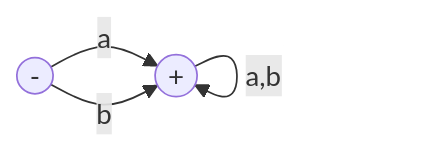
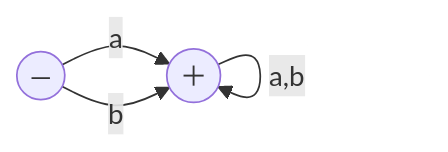
The first of 7 diagrams in assessments/quiz3.md (ufidon/ct), drawn with Mermaid before and after one commit. The commit also changed other lines of this file and 2 other files, not shown here.

````diff
--- a/assessments/quiz3.md
+++ b/assessments/quiz3.md
@@ -3,8 +3,8 @@
 ```mermaid
 flowchart LR
-  q1(("-"))
-  q2(("+"))
+  q1(("—"))
+  q2(("＋"))
   q1-->|a|q2
   q1-->|b|q2
   q2-->|"a,b"|q2
 ```
````
